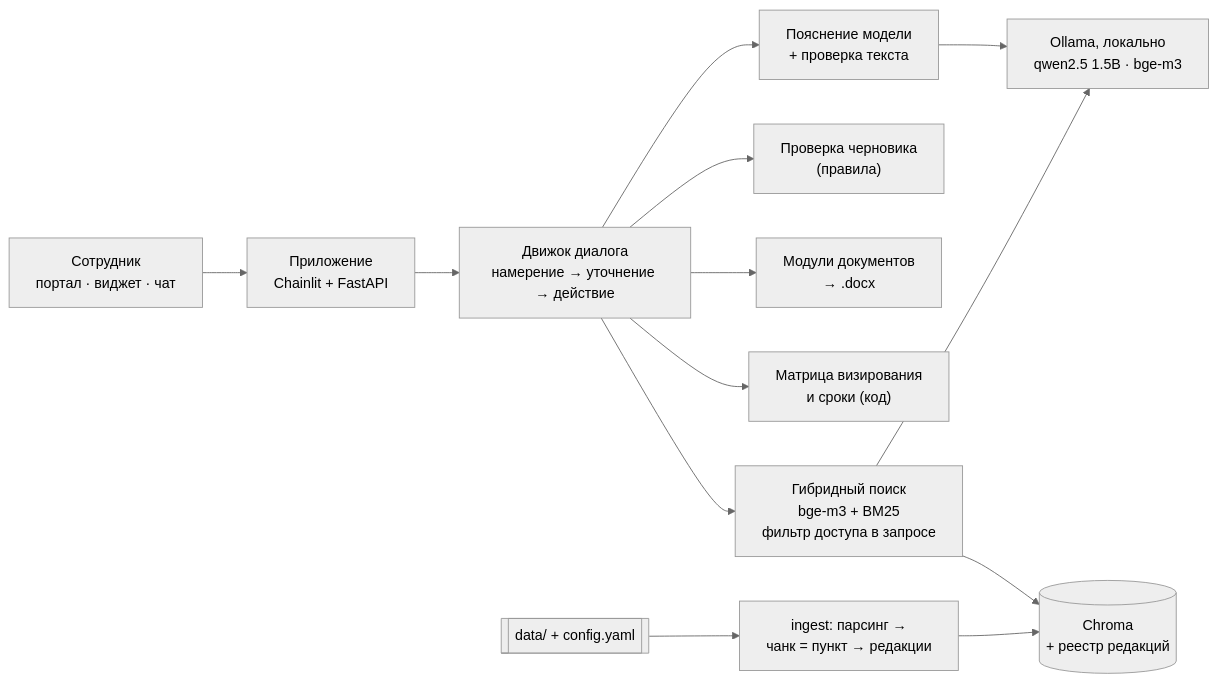
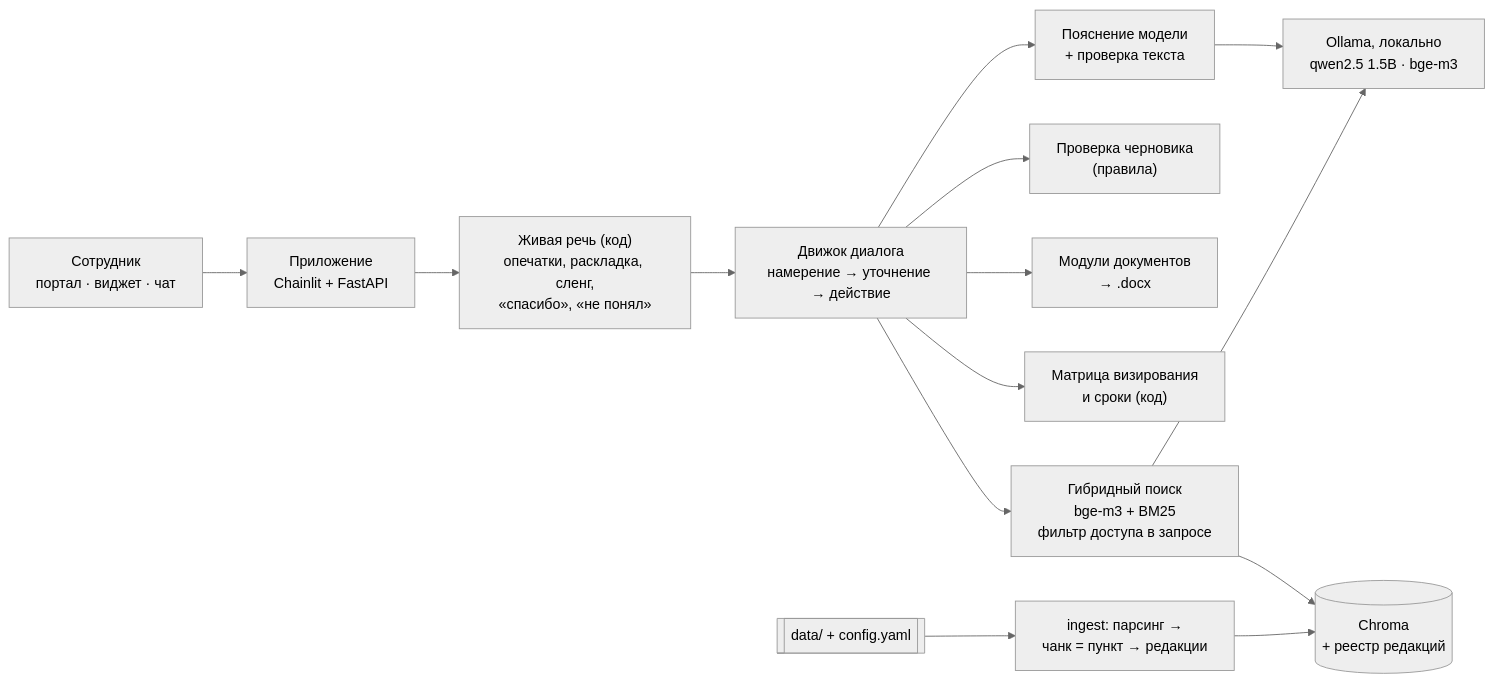
The diagram in README.md (LomashAD/hackathon2026dgtu), drawn with Mermaid (neutral theme) before and after one commit. The commit also changed other lines of this file and 22 other files, not shown here.

````diff
--- a/README.md
+++ b/README.md
@@ -115,14 +117,15 @@
 ```mermaid
 flowchart LR
   U["Сотрудник<br/>портал · виджет · чат"] --> APP["Приложение<br/>Chainlit + FastAPI"]
-  APP --> D["Движок диалога<br/>намерение → уточнение → действие"]
+  APP --> N["Живая речь (код)<br/>опечатки, раскладка, сленг,<br/>«спасибо», «не понял»"]
+  N --> D["Движок диалога<br/>намерение → уточнение → действие"]
   D --> S["Гибридный поиск<br/>bge-m3 + BM25<br/>фильтр доступа в запросе"]
   D --> M["Матрица визирования<br/>и сроки (код)"]
   D --> T["Модули документов<br/>→ .docx"]
   D --> R["Проверка черновика<br/>(правила)"]
   D --> G["Пояснение модели<br/>+ проверка текста"]
   S --> KB[("Chroma<br/>+ реестр редакций")]
   S --> O["Ollama, локально<br/>qwen2.5 1.5B · bge-m3"]
   G --> O
   I[["data/ + config.yaml"]] --> ING["ingest: парсинг →<br/>чанк = пункт → редакции"] --> KB
 ```
````
